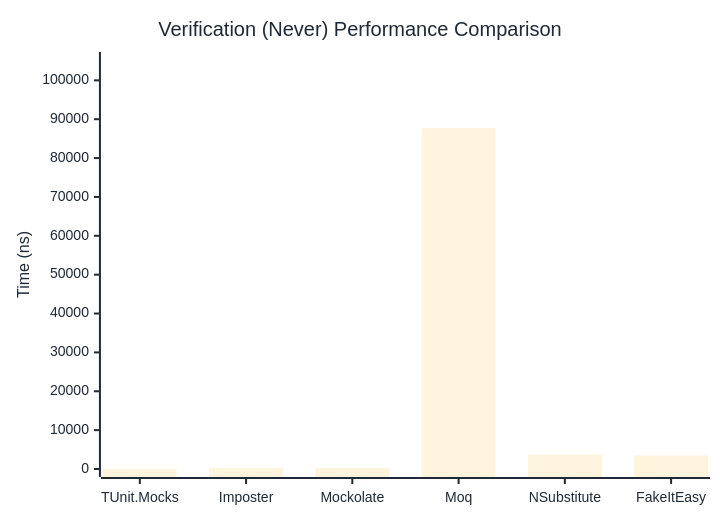
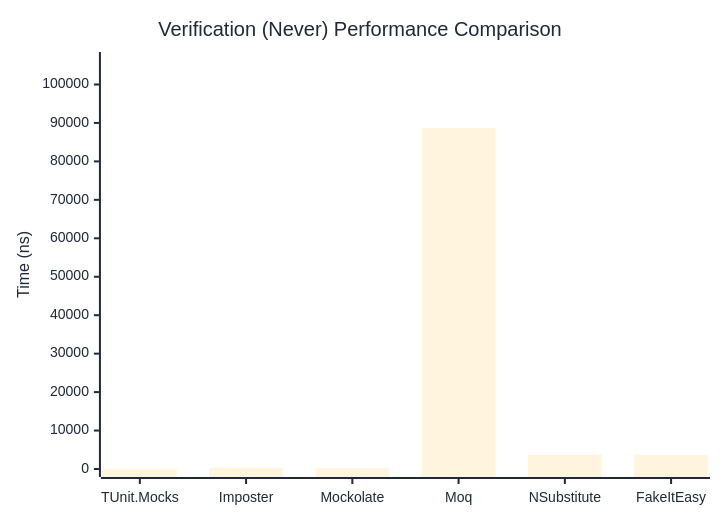
The second of 3 diagrams in docs/docs/benchmarks/mocks/Verification.md (thomhurst/TUnit), drawn with Mermaid before and after one commit. The commit also changed other lines of this file and 14 other files, not shown here.

````diff
--- a/docs/docs/benchmarks/mocks/Verification.md
+++ b/docs/docs/benchmarks/mocks/Verification.md
@@ -71,27 +71,27 @@
 ```mermaid
 %%{init: {
   'theme':'base',
   'themeVariables': {
     'primaryColor': '#2563eb',
     'primaryTextColor': '#1f2937',
     'primaryBorderColor': '#1e40af',
     'lineColor': '#6b7280',
     'secondaryColor': '#7c3aed',
     'tertiaryColor': '#dc2626',
     'background': '#ffffff',
     'pie1': '#2563eb',
     'pie2': '#7c3aed',
     'pie3': '#dc2626',
     'pie4': '#f59e0b',
     'pie5': '#10b981',
     'pie6': '#06b6d4',
     'pie7': '#ec4899',
     'pie8': '#6366f1'
   }
 }}%%
 xychart-beta
   title "Verification (Never) Performance Comparison"
   x-axis ["TUnit.Mocks", "Imposter", "Mockolate", "Moq", "NSubstitute", "FakeItEasy"]
-  y-axis "Time (ns)" 0 --> 105233
-  bar [54.4, 321.83, 235.12, 87693.57, 3696.62, 3466.32]
+  y-axis "Time (ns)" 0 --> 106370
+  bar [52.16, 329.98, 235.82, 88641.61, 3748.95, 3666.96]
 ```
````
